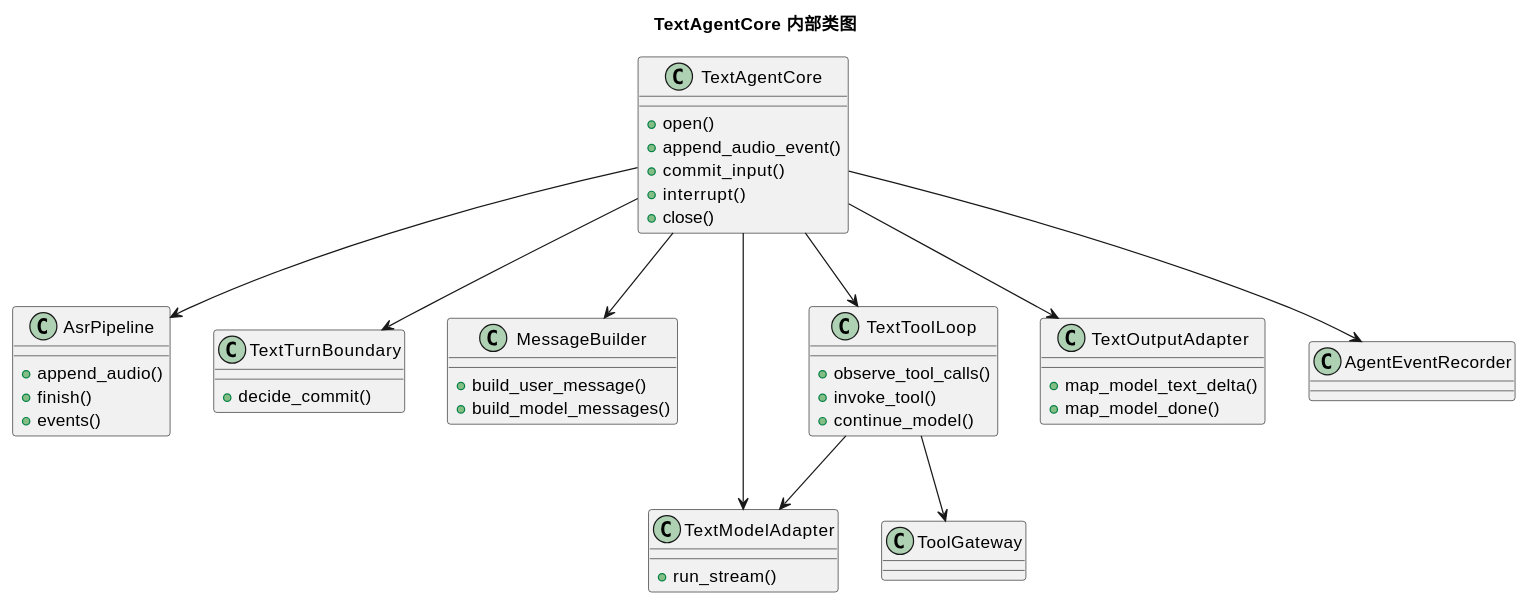
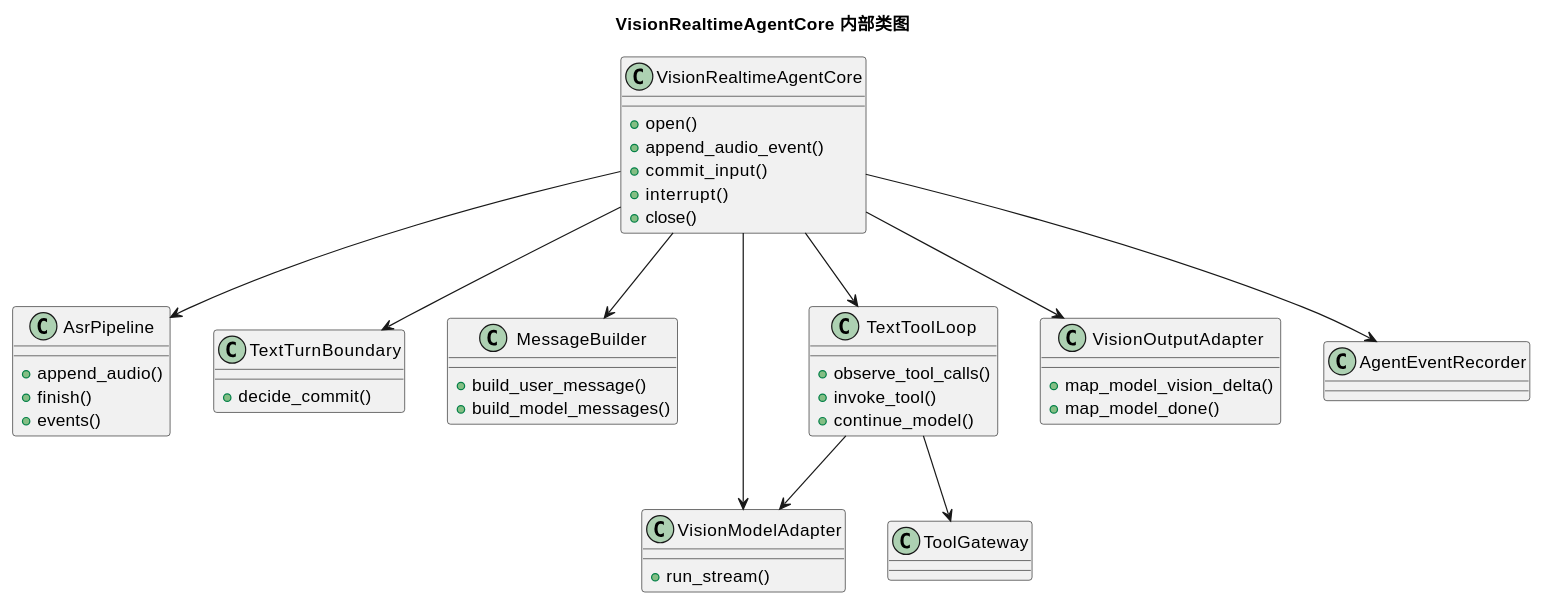
Before and after one commit to HengeLiu/RealtimeAgent: diagram 12 of 18 in audio-server/docs/internal/audio-server-architecture-design.md, drawn with PlantUML. The commit also changed other lines of this file and 488 other files, not shown here.

````diff
--- a/audio-server/docs/internal/audio-server-architecture-design.md
+++ b/audio-server/docs/internal/audio-server-architecture-design.md
@@ -2063,56 +2063,56 @@
 ```plantuml
 @startuml
-title TextAgentCore 内部类图
+title VisionRealtimeAgentCore 内部类图
 
-class TextAgentCore {
+class VisionRealtimeAgentCore {
   +open()
   +append_audio_event()
   +commit_input()
   +interrupt()
   +close()
 }
 
 class AsrPipeline {
   +append_audio()
   +finish()
   +events()
 }
 
 class TextTurnBoundary {
   +decide_commit()
 }
 
 class MessageBuilder {
   +build_user_message()
   +build_model_messages()
 }
 
-class TextModelAdapter {
+class VisionModelAdapter {
   +run_stream()
 }
 
 class TextToolLoop {
   +observe_tool_calls()
   +invoke_tool()
   +continue_model()
 }
 
-class TextOutputAdapter {
-  +map_model_text_delta()
+class VisionOutputAdapter {
+  +map_model_vision_delta()
   +map_model_done()
 }
 
 class AgentEventRecorder
 class ToolGateway
 
-TextAgentCore --> AsrPipeline
-TextAgentCore --> TextTurnBoundary
-TextAgentCore --> MessageBuilder
-TextAgentCore --> TextModelAdapter
-TextAgentCore --> TextToolLoop
-TextAgentCore --> TextOutputAdapter
-TextAgentCore --> AgentEventRecorder
-TextToolLoop --> TextModelAdapter
+VisionRealtimeAgentCore --> AsrPipeline
+VisionRealtimeAgentCore --> TextTurnBoundary
+VisionRealtimeAgentCore --> MessageBuilder
+VisionRealtimeAgentCore --> VisionModelAdapter
+VisionRealtimeAgentCore --> TextToolLoop
+VisionRealtimeAgentCore --> VisionOutputAdapter
+VisionRealtimeAgentCore --> AgentEventRecorder
+TextToolLoop --> VisionModelAdapter
 TextToolLoop --> ToolGateway
 @enduml
 ```
````
